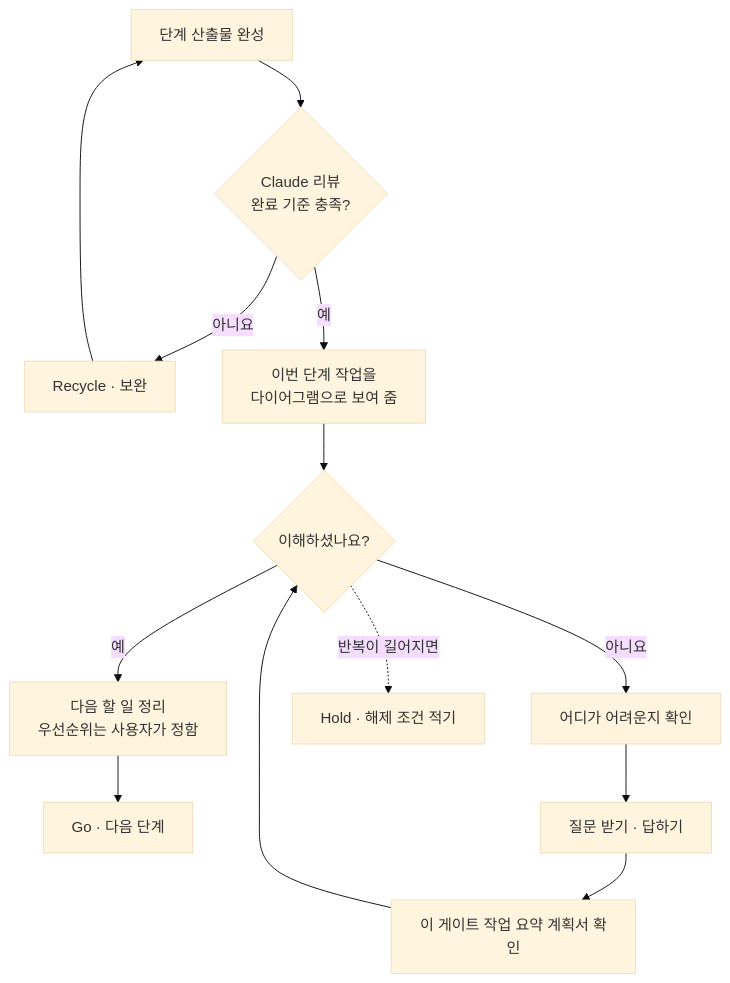
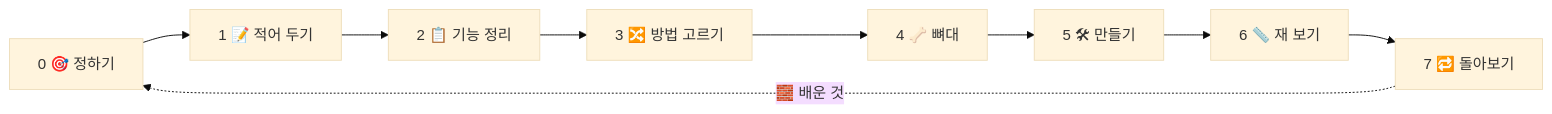
Before and after one commit to 2026-Codyssey-Final-Proj/Final-Proj: the diagram in README.md, drawn with Mermaid (base theme). The commit also changed other lines of this file, not shown here.

````diff
--- a/README.md
+++ b/README.md
@@ -102,15 +47,6 @@
 ```mermaid
-flowchart TB
-    A["단계 산출물 완성"] --> B{"Claude 리뷰<br/>완료 기준 충족?"}
-    B -->|"아니요"| R["Recycle · 보완"]
-    R --> A
-    B -->|"예"| C["이번 단계 작업을<br/>다이어그램으로 보여 줌"]
-    C --> D{"이해하셨나요?"}
-    D -->|"예"| E["다음 할 일 정리<br/>우선순위는 사용자가 정함"]
-    E --> G["Go · 다음 단계"]
-    D -->|"아니요"| F["어디가 어려운지 확인"]
-    F --> H["질문 받기 · 답하기"]
-    H --> I["이 게이트 작업 요약 계획서 확인"]
-    I --> D
-    D -.->|"반복이 길어지면"| HD["Hold · 해제 조건 적기"]
+flowchart LR
+    A["0 🎯 정하기"] --> B["1 📝 적어 두기"] --> C["2 📋 기능 정리"] --> D["3 🔀 방법 고르기"]
+    D --> E["4 🦴 뼈대"] --> F["5 🛠 만들기"] --> G["6 📏 재 보기"] --> H["7 🔁 돌아보기"]
+    H -.->|"🧱 배운 것"| A
 ```
````
